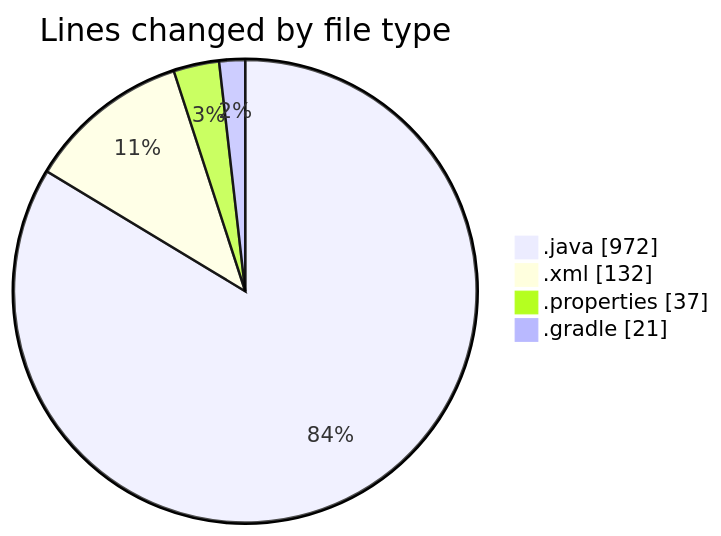
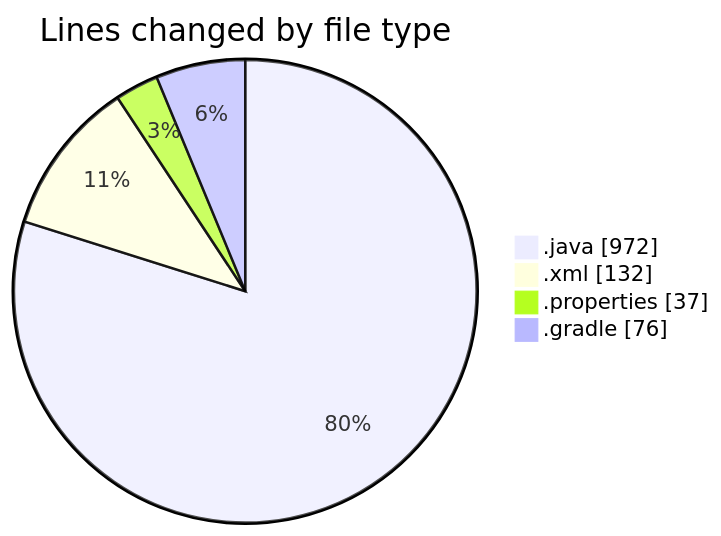
One commit to CELIANVF/code-tracking changed the first of 2 diagrams in 2025-06-06/androidsumapp/README.md. Above: the diagram before and after it, drawn with Mermaid. The commit also changed other lines of this file and 1 other file, not shown here.

````diff
--- a/2025-06-06/androidsumapp/README.md
+++ b/2025-06-06/androidsumapp/README.md
@@ -25,8 +26,8 @@
 ```mermaid
 pie showData
 title Lines changed by file type
 ".java" : 972
 ".xml" : 132
 ".properties" : 37
-".gradle" : 21
+".gradle" : 76
 ```
````
